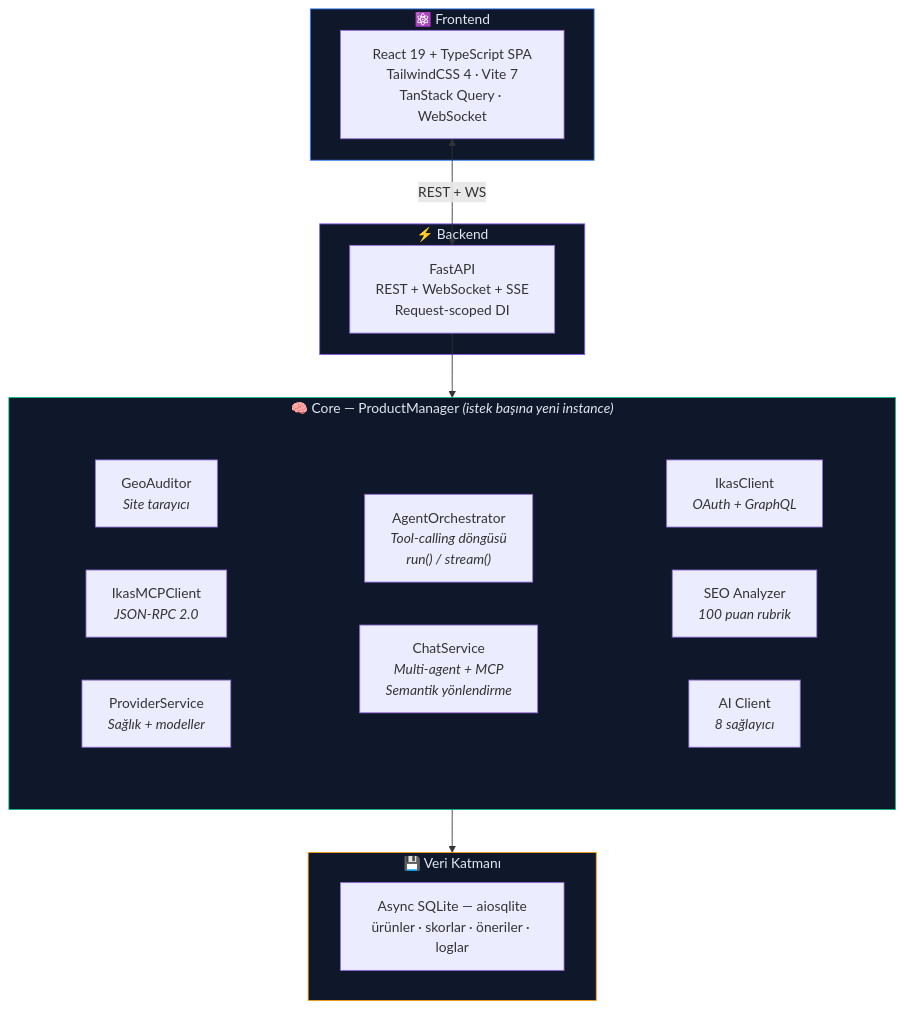
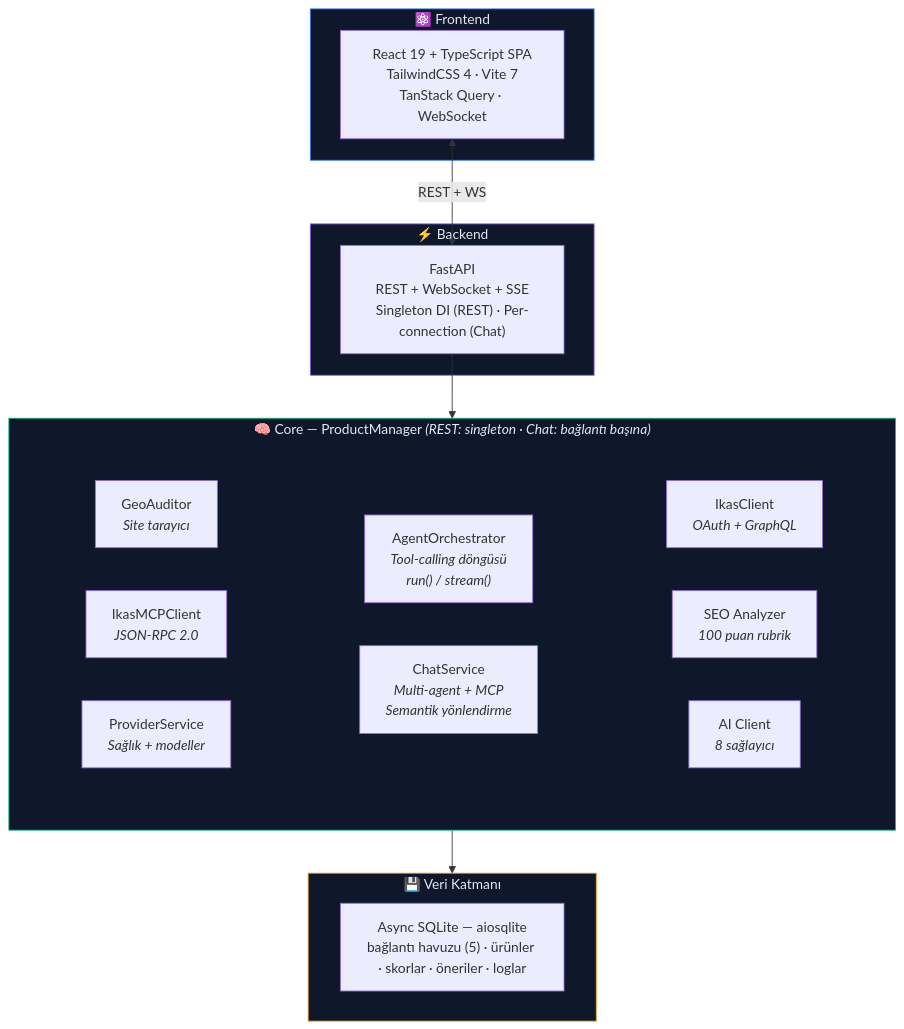
Before and after one commit to YigitKa/ikas-ai-seo-agent: diagram 12 of 19 in README.md, drawn with Mermaid. The commit also changed other lines of this file and 5 other files, not shown here.

Commit message:
feat: update ProductManager to singleton for REST and per-connection for WebSocket; enhance database connection pooling and batch query capabilities

````diff
--- a/README.md
+++ b/README.md
@@ -430,44 +430,44 @@
 ```mermaid
 graph TB
     subgraph FRONTEND ["⚛️ Frontend"]
         FE["React 19 + TypeScript SPA<br/>TailwindCSS 4 · Vite 7<br/>TanStack Query · WebSocket"]
     end
 
     subgraph BACKEND ["⚡ Backend"]
-        API["FastAPI<br/>REST + WebSocket + SSE<br/>Request-scoped DI"]
+        API["FastAPI<br/>REST + WebSocket + SSE<br/>Singleton DI (REST) · Per-connection (Chat)"]
     end
 
-    subgraph CORE ["🧠 Core — ProductManager <i>(istek başına yeni instance)</i>"]
+    subgraph CORE ["🧠 Core — ProductManager <i>(REST: singleton · Chat: bağlantı başına)</i>"]
         direction TB
         subgraph ROW1 [" "]
             IKAS_C["IkasClient<br/><i>OAuth + GraphQL</i>"]
             SEO_A["SEO Analyzer<br/><i>100 puan rubrik</i>"]
             AI_C["AI Client<br/><i>8 sağlayıcı</i>"]
         end
         subgraph ROW2 [" "]
             AGENT["AgentOrchestrator<br/><i>Tool-calling döngüsü<br/>run() / stream()</i>"]
             CHAT["ChatService<br/><i>Multi-agent + MCP<br/>Semantik yönlendirme</i>"]
         end
         subgraph ROW3 [" "]
             GEO["GeoAuditor<br/><i>Site tarayıcı</i>"]
             MCP["IkasMCPClient<br/><i>JSON-RPC 2.0</i>"]
             PROV["ProviderService<br/><i>Sağlık + modeller</i>"]
         end
     end
 
     subgraph DATA ["💾 Veri Katmanı"]
-        DB["Async SQLite — aiosqlite<br/>ürünler · skorlar · öneriler · loglar"]
+        DB["Async SQLite — aiosqlite<br/>bağlantı havuzu (5) · ürünler · skorlar · öneriler · loglar"]
     end
 
     FE <-->|REST + WS| API
     API --> CORE
     CORE --> DATA
 
     style FRONTEND fill:#0f172a,stroke:#3b82f6,color:#e2e8f0
     style BACKEND fill:#0f172a,stroke:#8b5cf6,color:#e2e8f0
     style CORE fill:#0f172a,stroke:#10b981,color:#e2e8f0
     style DATA fill:#0f172a,stroke:#f59e0b,color:#e2e8f0
     style ROW1 fill:transparent,stroke:transparent
     style ROW2 fill:transparent,stroke:transparent
     style ROW3 fill:transparent,stroke:transparent
 ```
````
